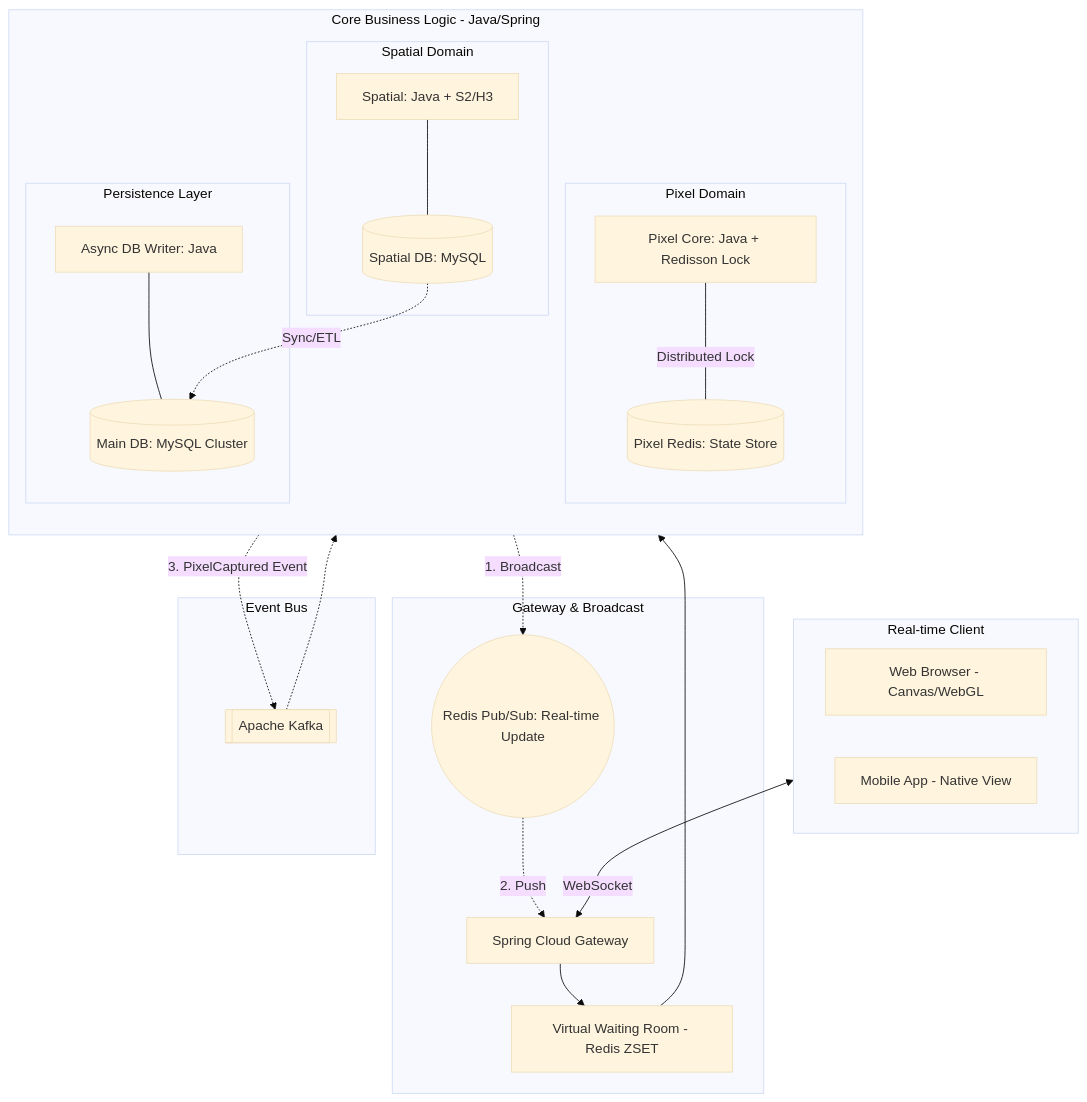
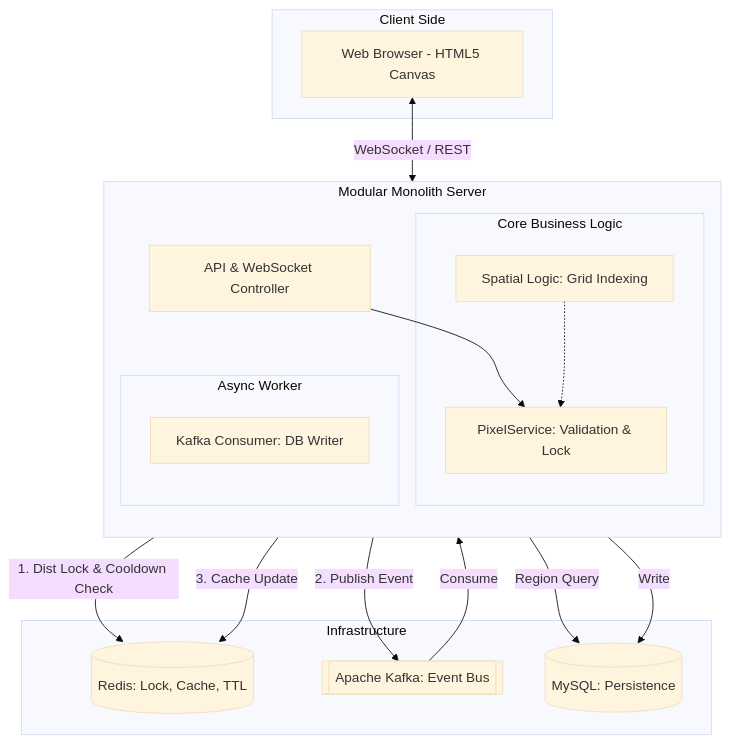
One commit to dlrkdgml0716/The_Pixel_War changed the diagram in README.md. Above: the diagram before and after it, drawn with Mermaid (base theme). The commit also changed other lines of this file, not shown here.

````diff
--- a/README.md
+++ b/README.md
@@ -6,59 +7,46 @@
 ```mermaid
 graph TD
     %% Client Layer
-    subgraph ClientLayer [Real-time Client]
-        Web[Web Browser - Canvas/WebGL]
-        Mobile[Mobile App - Native View]
+    subgraph ClientLayer [Client Side]
+        Browser[Web Browser - HTML5 Canvas]
     end
 
-    %% Gateway & Real-time Sync
-    subgraph TrafficControl [Gateway & Broadcast]
-        AGW[Spring Cloud Gateway]
-        NetFunnel[Virtual Waiting Room - Redis ZSET]
-        RedisPubSub((Redis Pub/Sub: Real-time Update))
-    end
-
-    %% Microservices Layer
-    subgraph Microservices [Core Business Logic - Java/Spring]
+    %% Application Layer
+    subgraph Server [Modular Monolith Server]
         direction TB
+        Controller[API & WebSocket Controller]
         
-        subgraph PixelDomain [Pixel Domain]
-            PixelSvc[Pixel Core: Java + Redisson Lock]
-            PixelRedis[(Pixel Redis: State Store)]
+        subgraph Logic [Core Business Logic]
+            PixelSvc[PixelService: Validation & Lock]
+            SpatialEngine[Spatial Logic: Grid Indexing]
         end
         
-        subgraph SpatialDomain [Spatial Domain]
-            SpatialSvc[Spatial: Java + S2/H3]
-            SpatialDB[(Spatial DB: MySQL)]
-        end
-
-        subgraph PersistenceWorker [Persistence Layer]
-            DBWriter[Async DB Writer: Java]
-            MainDB[(Main DB: MySQL Cluster)]
+        subgraph Consumer [Async Worker]
+            PixelConsumer[Kafka Consumer: DB Writer]
         end
     end
 
     %% Infrastructure
-    subgraph MessageBroker [Event Bus]
-        Kafka[[Apache Kafka]]
+    subgraph Infra [Infrastructure]
+        Redis[(Redis: Lock, Cache, TTL)]
+        Kafka[[Apache Kafka: Event Bus]]
+        DB[(MySQL: Persistence)]
     end
 
-    %% Relationships & Flow
-    ClientLayer <--> |WebSocket| AGW
-    AGW --> NetFunnel
-    NetFunnel --> PixelSvc
+    %% Flow
+    Browser <--> |WebSocket / REST| Controller
+    Controller --> PixelSvc
     
-    %% Write Path (Java + Redisson)
-    PixelSvc --- |Distributed Lock| PixelRedis
-    PixelSvc -.-> |1. Broadcast| RedisPubSub
-    RedisPubSub -.-> |2. Push| AGW
+    %% Write Path
+    PixelSvc -- 1. Dist Lock & Cooldown Check --> Redis
+    PixelSvc -- 2. Publish Event --> Kafka
+    PixelSvc -- 3. Cache Update --> Redis
     
-    %% Persistence Path (EDA)
-    PixelSvc -.-> |3. PixelCaptured Event| Kafka
-    Kafka -.-> DBWriter
-    DBWriter --- MainDB
-    
-    %% Spatial Path
-    SpatialSvc --- SpatialDB
-    SpatialDB -.-> |Sync/ETL| MainDB
+    %% Read/Spatial Path
+    PixelSvc -- Region Query --> DB
+    SpatialEngine -.-> PixelSvc
+
+    %% Async Persistence
+    Kafka -- Consume --> PixelConsumer
+    PixelConsumer -- Write --> DB
 ```
````
